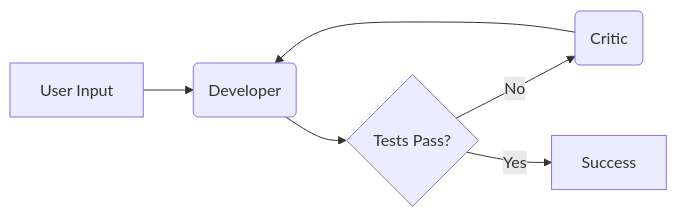
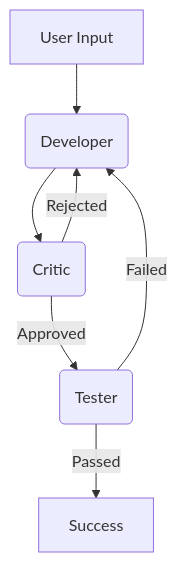
The diagram in README.md (Kishore-1803/Agentic-Code-Studio), drawn with Mermaid before and after one commit.

Commit message:
Fix architecture diagram in README

````diff
--- a/README.md
+++ b/README.md
@@ -35,8 +35,9 @@
 ```mermaid
-graph LR
+graph TD
     A[User Input] --> B(Developer)
-    B --> C{Tests Pass?}
-    C -- No --> D(Critic)
-    D --> B
-    C -- Yes --> E[Success]
+    B --> C(Critic)
+    C -- Rejected --> B
+    C -- Approved --> D(Tester)
+    D -- Failed --> B
+    D -- Passed --> E[Success]
 ```
````
